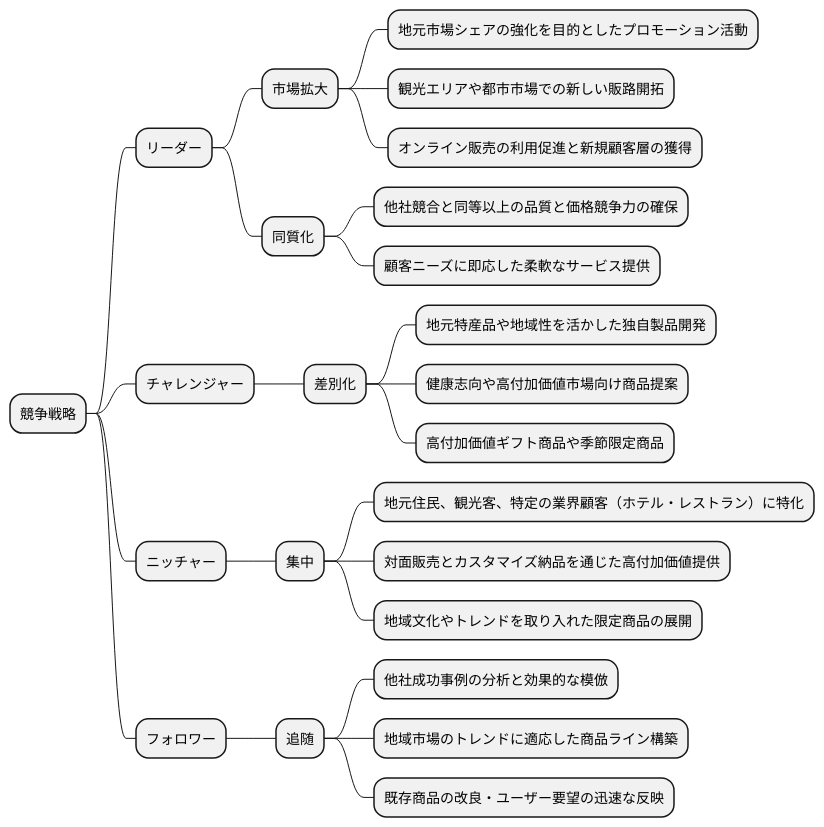
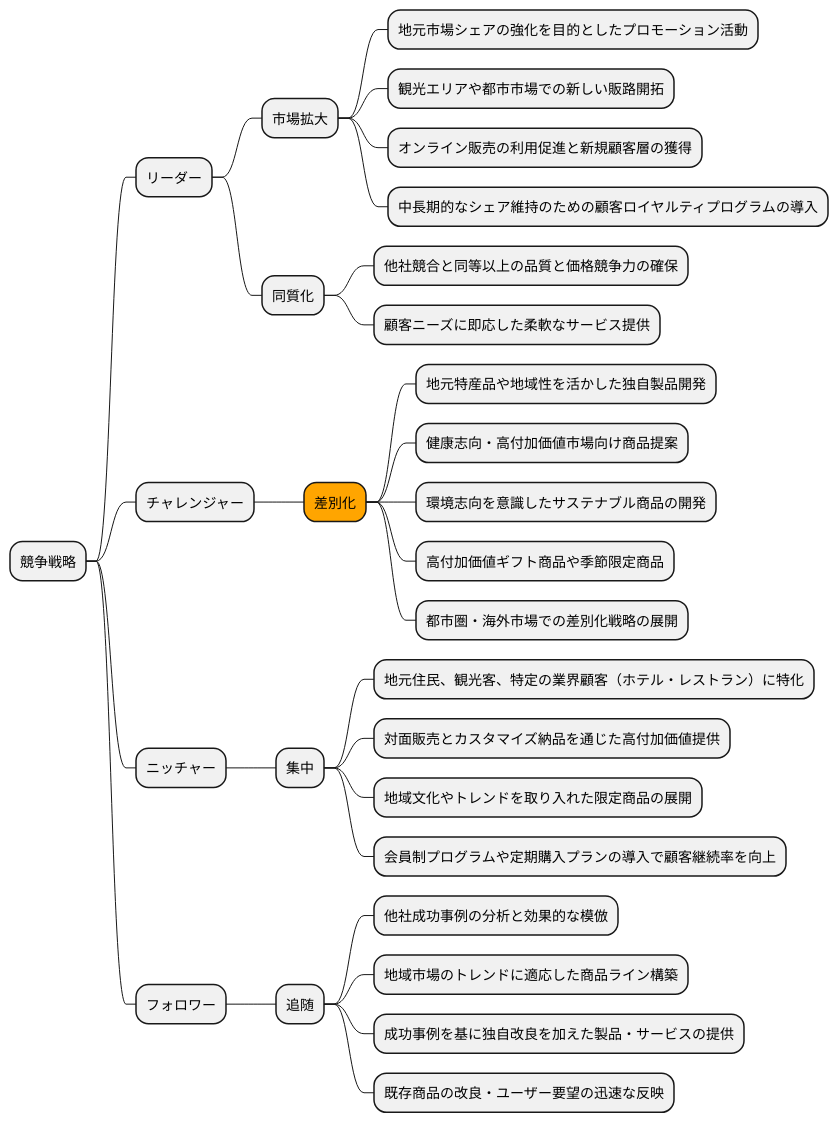
One commit to k2works/case-study-business-analysis changed the ninth of 19 diagrams in docs/case/r04_case_2.adoc. Above: the diagram before and after it, drawn with PlantUML. The commit also changed other lines of this file, not shown here.

```diff
--- a/docs/case/r04_case_2.adoc
+++ b/docs/case/r04_case_2.adoc
@@ -381,31 +416,36 @@
 [plantuml]
 ----
 @startmindmap
 
 * 競争戦略
 ** リーダー
 *** 市場拡大
 **** 地元市場シェアの強化を目的としたプロモーション活動
 **** 観光エリアや都市市場での新しい販路開拓
 **** オンライン販売の利用促進と新規顧客層の獲得
+**** 中長期的なシェア維持のための顧客ロイヤルティプログラムの導入
 *** 同質化
 **** 他社競合と同等以上の品質と価格競争力の確保
 **** 顧客ニーズに即応した柔軟なサービス提供
 ** チャレンジャー
-*** 差別化
+***[#orange] 差別化
 **** 地元特産品や地域性を活かした独自製品開発
-**** 健康志向や高付加価値市場向け商品提案
+**** 健康志向・高付加価値市場向け商品提案
+**** 環境志向を意識したサステナブル商品の開発
 **** 高付加価値ギフト商品や季節限定商品
+**** 都市圏・海外市場での差別化戦略の展開
 ** ニッチャー
 *** 集中
 **** 地元住民、観光客、特定の業界顧客（ホテル・レストラン）に特化
 **** 対面販売とカスタマイズ納品を通じた高付加価値提供
 **** 地域文化やトレンドを取り入れた限定商品の展開
+**** 会員制プログラムや定期購入プランの導入で顧客継続率を向上
 ** フォロワー
 *** 追随
 **** 他社成功事例の分析と効果的な模倣
 **** 地域市場のトレンドに適応した商品ライン構築
+**** 成功事例を基に独自改良を加えた製品・サービスの提供
 **** 既存商品の改良・ユーザー要望の迅速な反映
 
 @endmindmap
 ----
```
